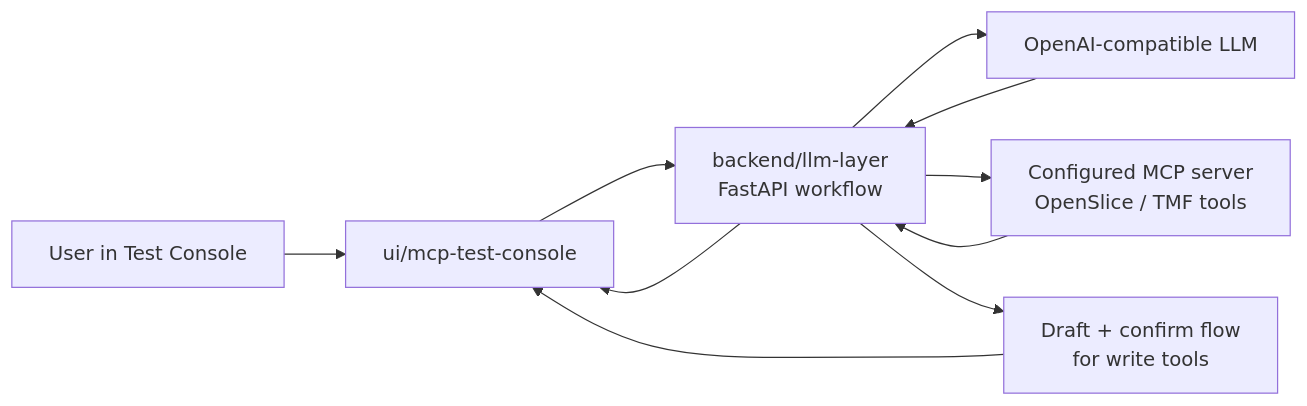
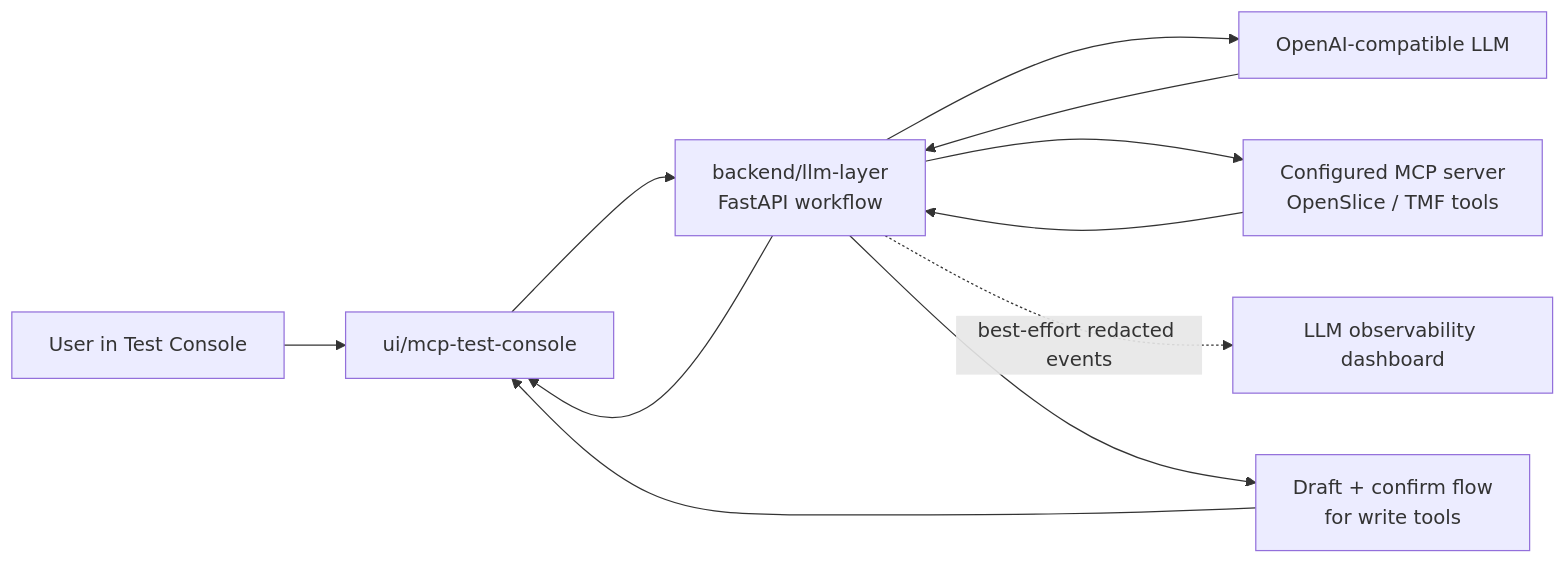
One commit to OneSourceConsult/cop-pilot-ai-assistant changed the diagram in README.md. Above: the diagram before and after it, drawn with Mermaid. The commit also changed other lines of this file and 48 other files, not shown here.

````diff
--- a/README.md
+++ b/README.md
@@ -14,16 +14,17 @@
 ```mermaid
 flowchart LR
     User[User in Test Console] --> UI[ui/mcp-test-console]
     UI --> API[backend/llm-layer
 FastAPI workflow]
     API --> LLM[OpenAI-compatible LLM]
     API --> MCP[Configured MCP server
 OpenSlice / TMF tools]
+    API -. best-effort redacted events .-> OBS[LLM observability dashboard]
     MCP --> API
     LLM --> API
     API --> UI
 
     API --> Draft[Draft + confirm flow
 for write tools]
     Draft --> UI
 ```
````
